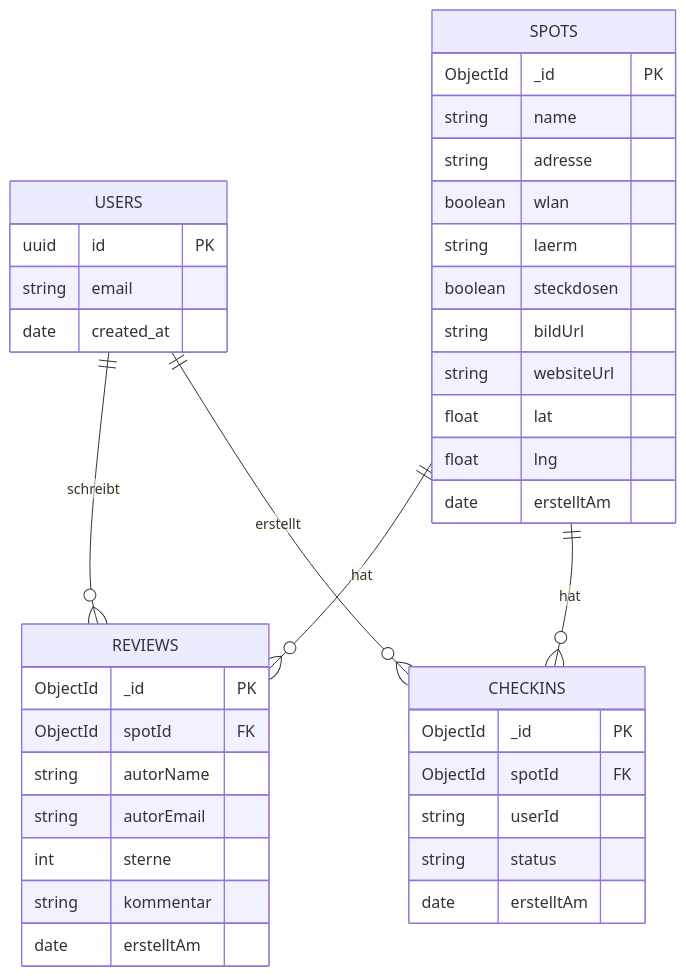
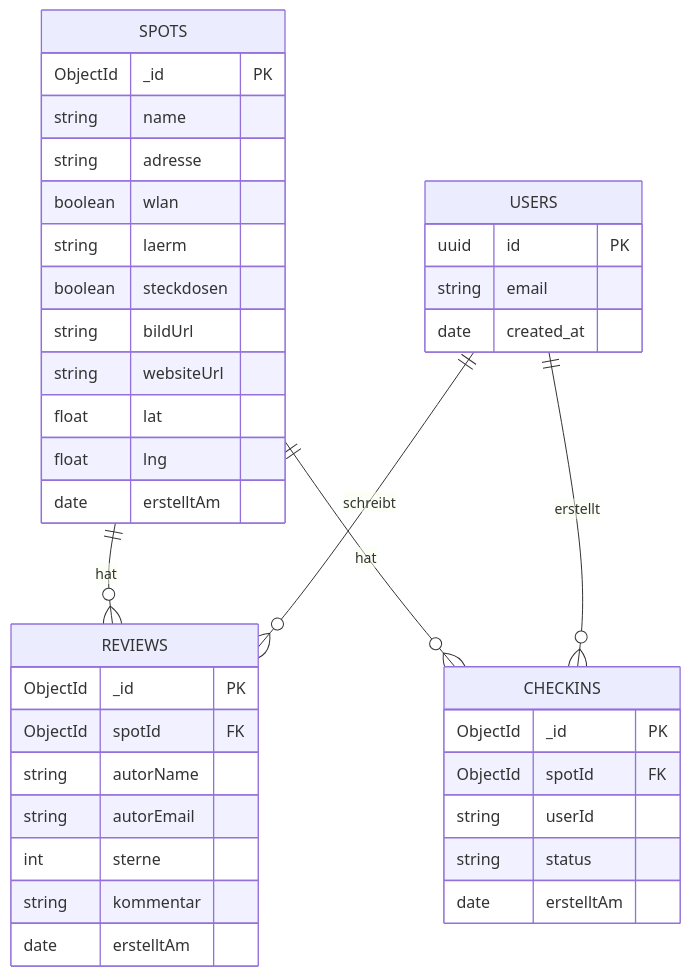
The diagram in README.md (rexheeri/studyspot-zhaw), drawn with Mermaid before and after one commit. The commit also changed other lines of this file, not shown here.

Commit message:
docs: ER-Diagramm Knotenreihenfolge angepasst

````diff
--- a/README.md
+++ b/README.md
@@ -134,42 +134,42 @@
 ```mermaid
 erDiagram
-    USERS ||--o{ REVIEWS : "schreibt"
     SPOTS ||--o{ REVIEWS : "hat"
     SPOTS ||--o{ CHECKINS : "hat"
+    USERS ||--o{ REVIEWS : "schreibt"
     USERS ||--o{ CHECKINS : "erstellt"
 
-    USERS {
-        uuid id PK
-        string email
-        date created_at
-    }
     REVIEWS {
         ObjectId _id PK
         ObjectId spotId FK
         string autorName
         string autorEmail
         int sterne
         string kommentar
         date erstelltAm
     }
     SPOTS {
         ObjectId _id PK
         string name
         string adresse
         boolean wlan
         string laerm
         boolean steckdosen
         string bildUrl
         string websiteUrl
         float lat
         float lng
         date erstelltAm
     }
     CHECKINS {
         ObjectId _id PK
         ObjectId spotId FK
         string userId
         string status
         date erstelltAm
     }
+    USERS {
+        uuid id PK
+        string email
+        date created_at
+    }
 ```
````
